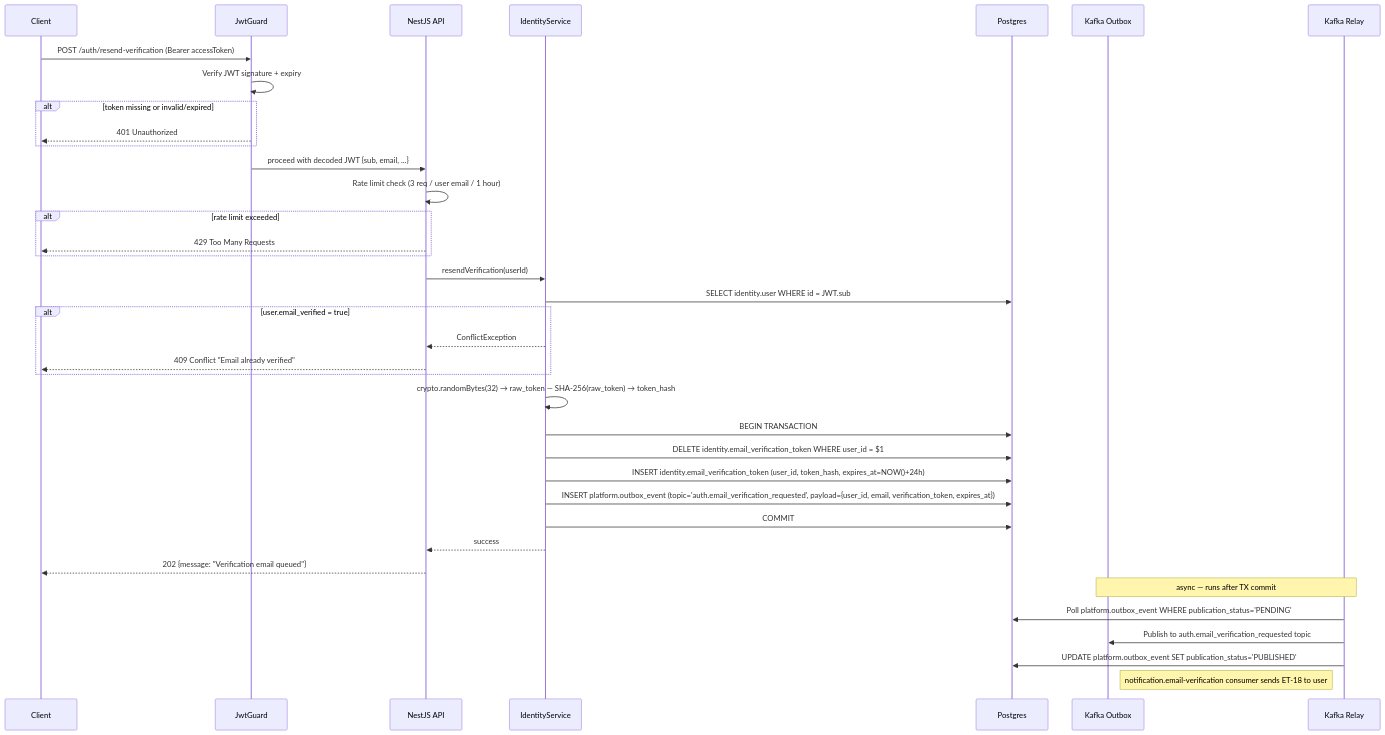
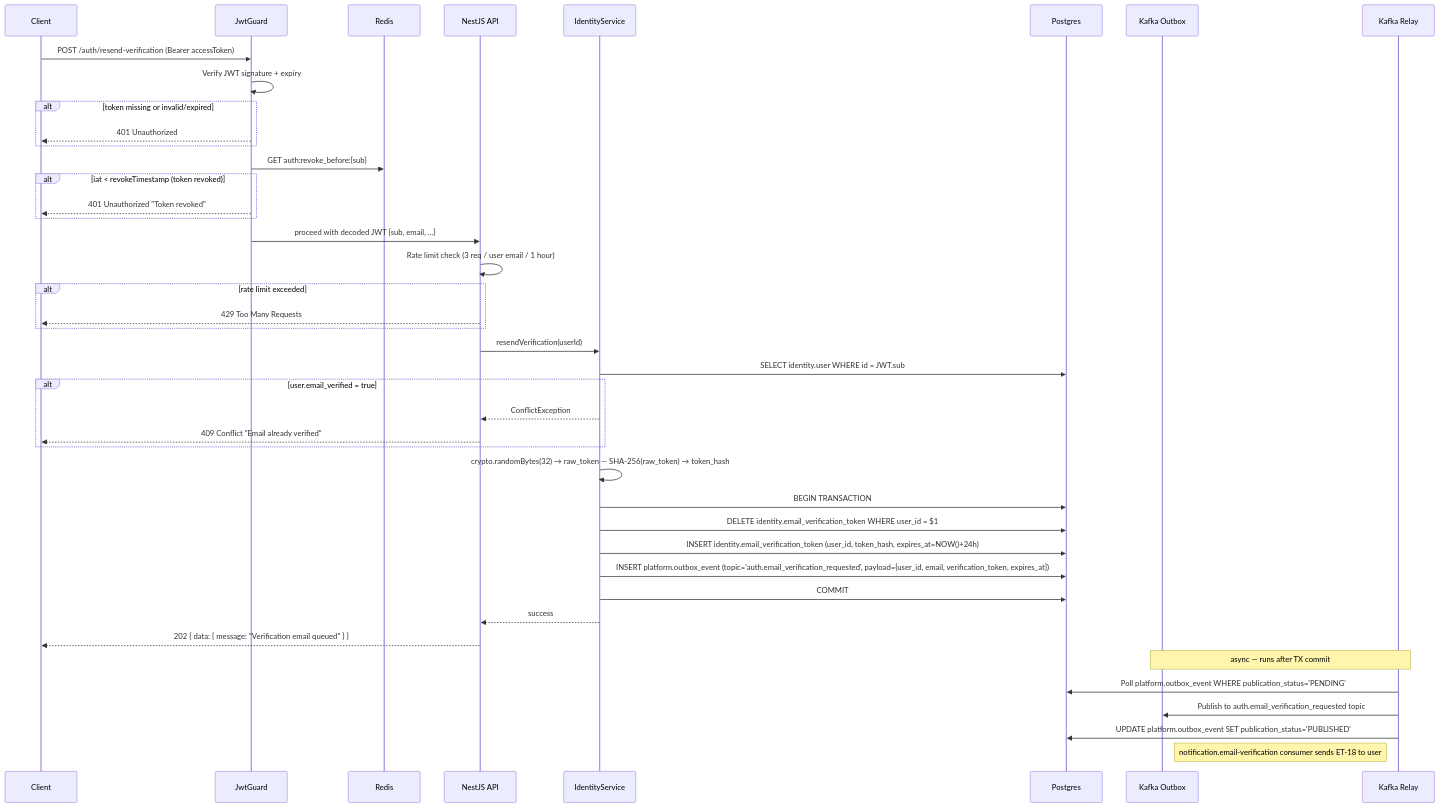
Before and after one commit to alisa-uthi/aliceut-ecom-document: the seventh of 13 diagrams in phase-1/technical-design/api-design/auth.md, drawn with Mermaid. The commit also changed other lines of this file and 22 other files, not shown here.

````diff
--- a/phase-1/technical-design/api-design/auth.md
+++ b/phase-1/technical-design/api-design/auth.md
@@ -420,46 +437,51 @@
 ```mermaid
 sequenceDiagram
     participant C as Client
     participant G as JwtGuard
+    participant R as Redis
     participant A as NestJS API
     participant IS as IdentityService
     participant PG as Postgres
     participant KO as Kafka Outbox
     participant KR as Kafka Relay
 
     C->>G: POST /auth/resend-verification (Bearer accessToken)
     G->>G: Verify JWT signature + expiry
     alt token missing or invalid/expired
         G-->>C: 401 Unauthorized
+    end
+    G->>R: GET auth:revoke_before:{sub}
+    alt iat < revokeTimestamp (token revoked)
+        G-->>C: 401 Unauthorized "Token revoked"
     end
     G->>A: proceed with decoded JWT {sub, email, ...}
 
     A->>A: Rate limit check (3 req / user email / 1 hour)
     alt rate limit exceeded
         A-->>C: 429 Too Many Requests
     end
 
     A->>IS: resendVerification(userId)
     IS->>PG: SELECT identity.user WHERE id = JWT.sub
     alt user.email_verified = true
         IS-->>A: ConflictException
         A-->>C: 409 Conflict "Email already verified"
     end
 
     IS->>IS: crypto.randomBytes(32) → raw_token — SHA-256(raw_token) → token_hash
 
     IS->>PG: BEGIN TRANSACTION
     IS->>PG: DELETE identity.email_verification_token WHERE user_id = $1
     IS->>PG: INSERT identity.email_verification_token (user_id, token_hash, expires_at=NOW()+24h)
     IS->>PG: INSERT platform.outbox_event (topic='auth.email_verification_requested', payload={user_id, email, verification_token, expires_at})
     IS->>PG: COMMIT
 
     IS-->>A: success
-    A-->>C: 202 {message: "Verification email queued"}
+    A-->>C: 202 { data: { message: "Verification email queued" } }
 
     Note over KO,KR: async — runs after TX commit
     KR->>PG: Poll platform.outbox_event WHERE publication_status='PENDING'
     KR->>KO: Publish to auth.email_verification_requested topic
     KR->>PG: UPDATE platform.outbox_event SET publication_status='PUBLISHED'
     Note right of KO: notification.email-verification consumer sends ET-18 to user
 ```
````
